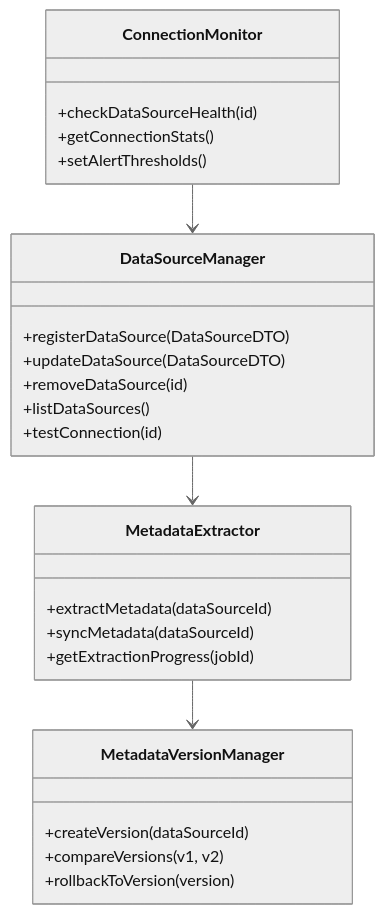
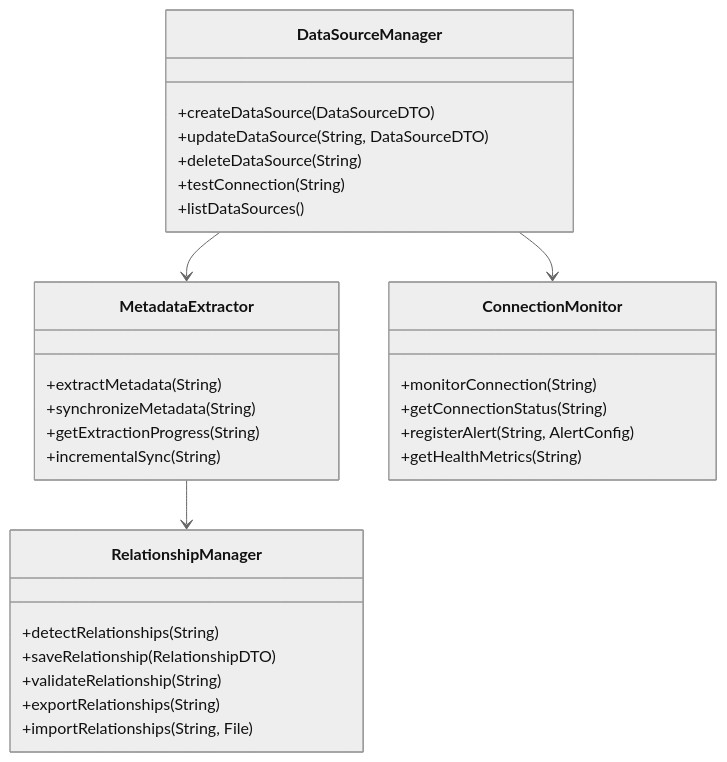
The second of 8 diagrams in docs/architecture.md (im47cn/data-scope), drawn with Mermaid (neutral theme) before and after one commit. The commit also changed other lines of this file and 26 other files, not shown here.

````diff
--- a/docs/architecture.md
+++ b/docs/architecture.md
@@ -54,32 +61,36 @@
 ```mermaid
 classDiagram
     class DataSourceManager {
-        +registerDataSource(DataSourceDTO)
-        +updateDataSource(DataSourceDTO)
-        +removeDataSource(id)
+        +createDataSource(DataSourceDTO)
+        +updateDataSource(String, DataSourceDTO)
+        +deleteDataSource(String)
+        +testConnection(String)
         +listDataSources()
-        +testConnection(id)
     }
     
     class MetadataExtractor {
-        +extractMetadata(dataSourceId)
-        +syncMetadata(dataSourceId)
-        +getExtractionProgress(jobId)
-    }
-    
-    class MetadataVersionManager {
-        +createVersion(dataSourceId)
-        +compareVersions(v1, v2)
-        +rollbackToVersion(version)
+        +extractMetadata(String)
+        +synchronizeMetadata(String)
+        +getExtractionProgress(String)
+        +incrementalSync(String)
     }
     
     class ConnectionMonitor {
-        +checkDataSourceHealth(id)
-        +getConnectionStats()
-        +setAlertThresholds()
+        +monitorConnection(String)
+        +getConnectionStatus(String)
+        +registerAlert(String, AlertConfig)
+        +getHealthMetrics(String)
+    }
+    
+    class RelationshipManager {
+        +detectRelationships(String)
+        +saveRelationship(RelationshipDTO)
+        +validateRelationship(String)
+        +exportRelationships(String)
+        +importRelationships(String, File)
     }
 
     DataSourceManager --> MetadataExtractor
-    MetadataExtractor --> MetadataVersionManager
-    ConnectionMonitor --> DataSourceManager
+    DataSourceManager --> ConnectionMonitor
+    MetadataExtractor --> RelationshipManager
 ```
````
